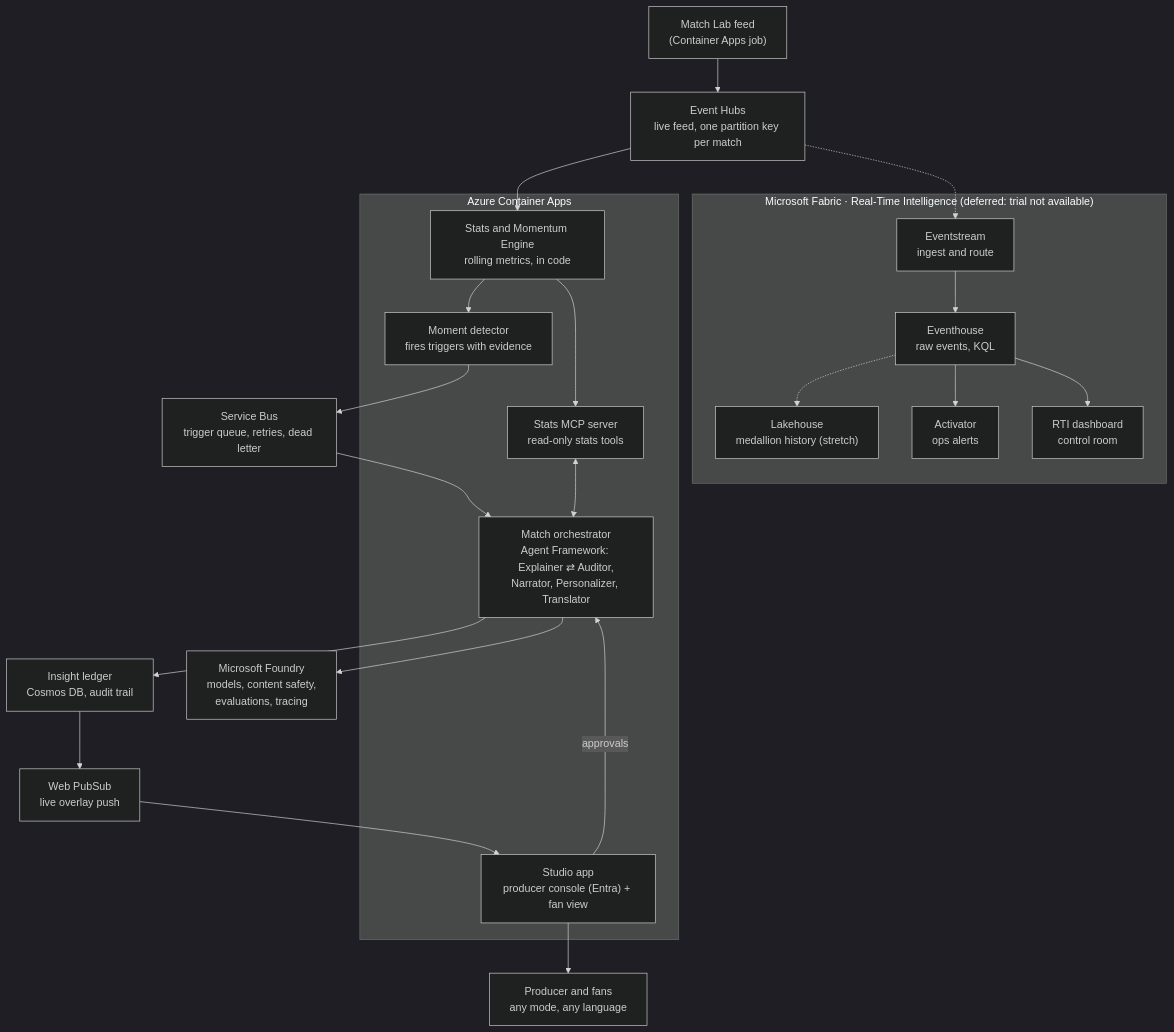
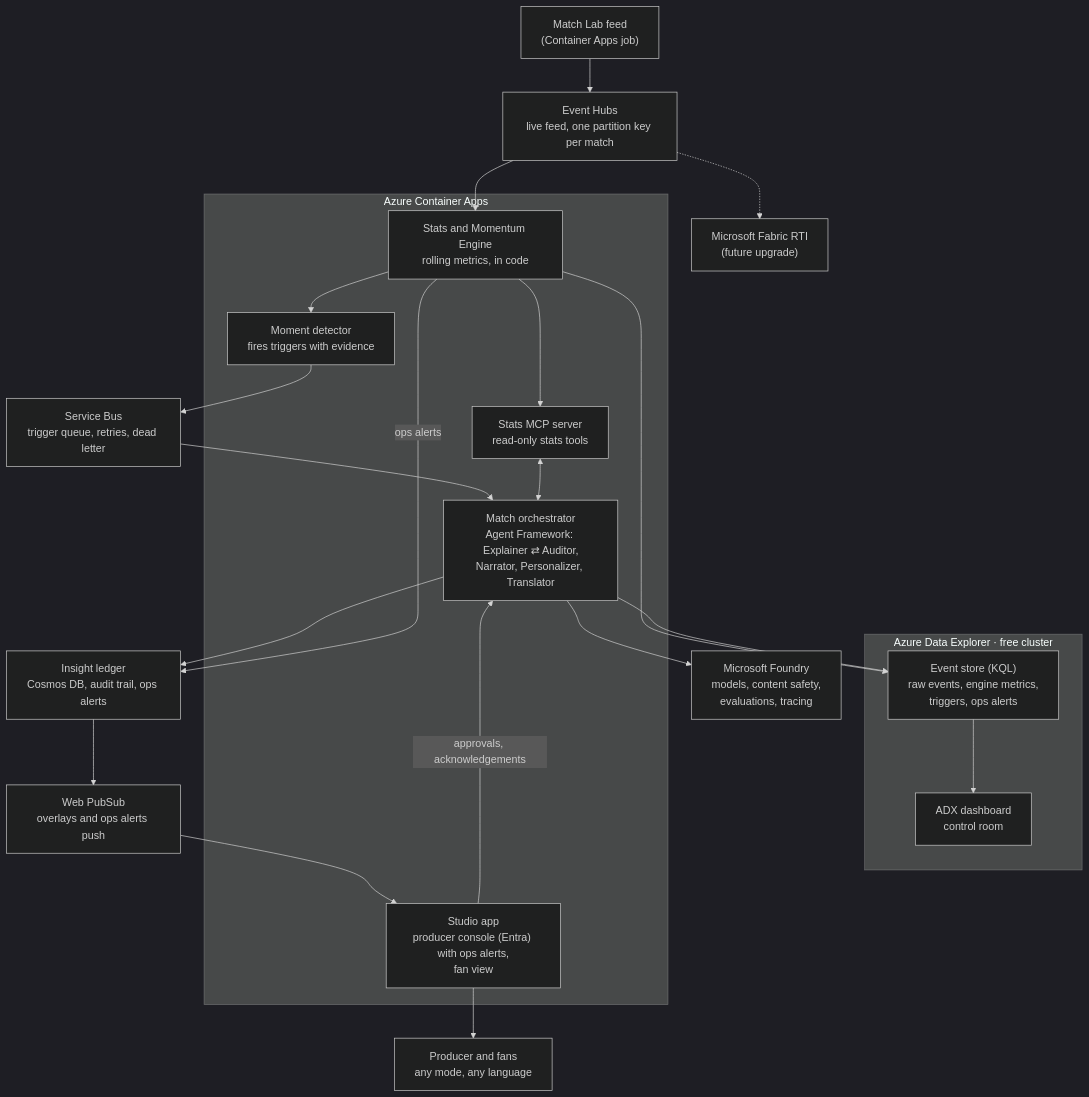
One commit to pimcabanlit/pitch-ledger changed the diagram in docs/architecture.md. Above: the diagram before and after it, drawn with Mermaid (dark theme). The commit also changed other lines of this file and 5 other files, not shown here.

First line of the commit message:
Replace Fabric pieces with ADX, ADX dashboard and console ops alerts

````diff
--- a/docs/architecture.md
+++ b/docs/architecture.md
@@ -5,46 +5,44 @@
 ```mermaid
 flowchart TB
     feed["Match Lab feed<br/>(Container Apps job)"]
     hub["Event Hubs<br/>live feed, one partition key per match"]
 
-    subgraph fabric["Microsoft Fabric · Real-Time Intelligence (deferred: trial not available)"]
-        es["Eventstream<br/>ingest and route"]
-        eh["Eventhouse<br/>raw events, KQL"]
-        lh["Lakehouse<br/>medallion history (stretch)"]
-        act["Activator<br/>ops alerts"]
-        dash["RTI dashboard<br/>control room"]
-        es --> eh
-        eh -.-> lh
-        eh --> act
-        eh --> dash
+    subgraph adx["Azure Data Explorer · free cluster"]
+        store["Event store (KQL)<br/>raw events, engine metrics,<br/>triggers, ops alerts"]
+        dash["ADX dashboard<br/>control room"]
+        store --> dash
     end
 
     subgraph aca["Azure Container Apps"]
         engine["Stats and Momentum Engine<br/>rolling metrics, in code"]
         detector["Moment detector<br/>fires triggers with evidence"]
         mcp["Stats MCP server<br/>read-only stats tools"]
         orch["Match orchestrator<br/>Agent Framework: Explainer ⇄ Auditor,<br/>Narrator, Personalizer, Translator"]
-        studio["Studio app<br/>producer console (Entra) + fan view"]
+        studio["Studio app<br/>producer console (Entra) with ops alerts,<br/>fan view"]
     end
 
     sb["Service Bus<br/>trigger queue, retries, dead letter"]
     foundry["Microsoft Foundry<br/>models, content safety,<br/>evaluations, tracing"]
-    ledger["Insight ledger<br/>Cosmos DB, audit trail"]
-    pubsub["Web PubSub<br/>live overlay push"]
+    ledger["Insight ledger<br/>Cosmos DB, audit trail, ops alerts"]
+    pubsub["Web PubSub<br/>overlays and ops alerts push"]
     viewers["Producer and fans<br/>any mode, any language"]
+    fabric["Microsoft Fabric RTI<br/>(future upgrade)"]
 
     feed --> hub
     hub --> engine
-    hub -.-> es
+    hub -.-> fabric
+    engine --> store
     engine --> detector
     engine --> mcp
     detector --> sb
     sb --> orch
     mcp <--> orch
     orch --> foundry
     orch --> ledger
+    orch --> store
+    engine -- ops alerts --> ledger
     ledger --> pubsub
     pubsub --> studio
     studio --> viewers
-    studio -- approvals --> orch
+    studio -- approvals, acknowledgements --> orch
 ```
````
